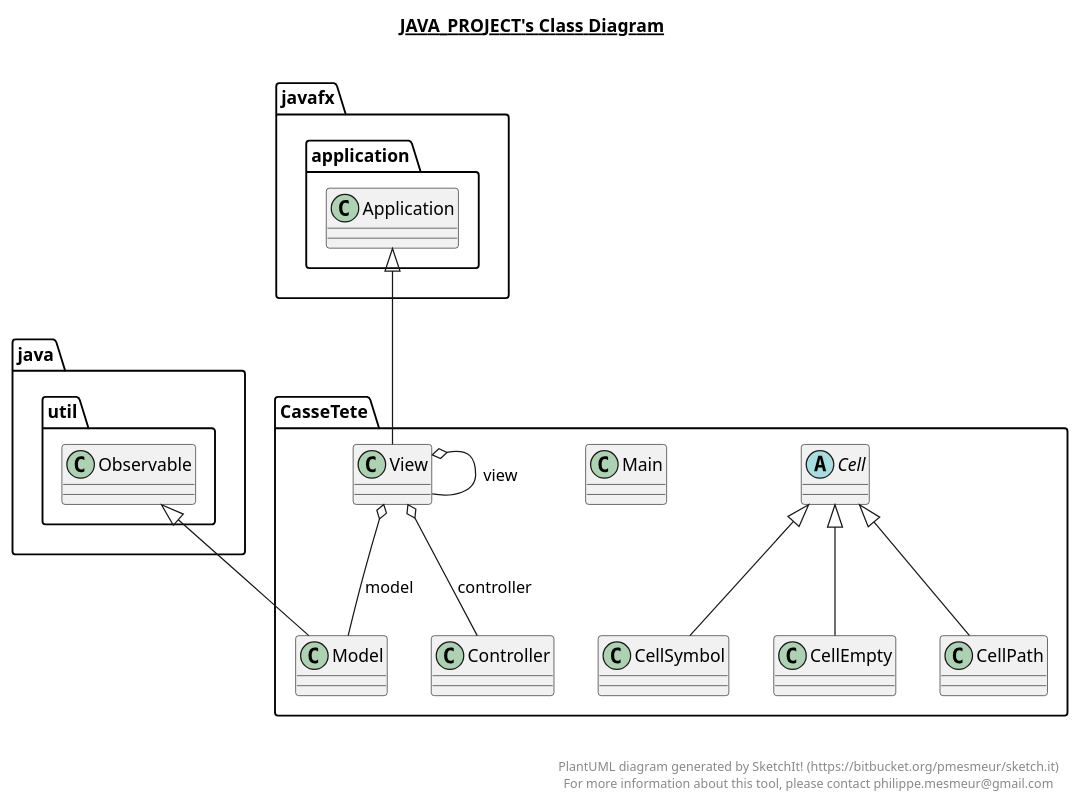
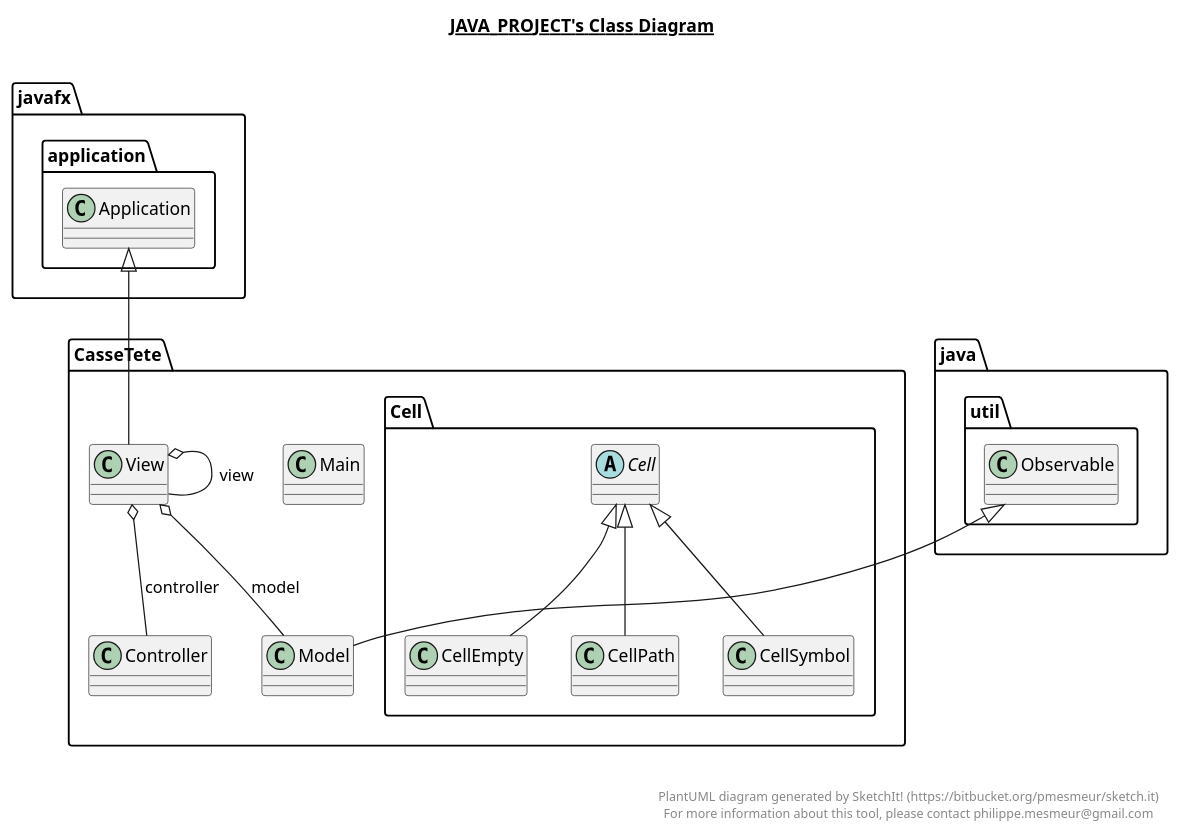
Before and after one commit to Mex21/CasseTete: the diagram in Java_Project.plantuml, drawn with PlantUML. The commit also changed 8 other files, not shown here.

```diff
--- a/Java_Project.plantuml
+++ b/Java_Project.plantuml
@@ -1,70 +1,70 @@
 @startuml
 
 title __JAVA_PROJECT's Class Diagram__\n
 
   namespace CasseTete {
-    abstract class CasseTete.Cell {
+    abstract class CasseTete.Cell.Cell {
     }
   }
   
 
   namespace CasseTete {
-    class CasseTete.CellEmpty {
+    class CasseTete.Cell.CellEmpty {
     }
   }
   
 
   namespace CasseTete {
-    class CasseTete.CellPath {
+    class CasseTete.Cell.CellPath {
     }
   }
   
 
   namespace CasseTete {
-    class CasseTete.CellSymbol {
+    class CasseTete.Cell.CellSymbol {
     }
   }
   
 
   namespace CasseTete {
     class CasseTete.Controller {
     }
   }
   
 
   namespace CasseTete {
     class CasseTete.Main {
     }
   }
   
 
   namespace CasseTete {
     class CasseTete.Model {
     }
   }
   
 
   namespace CasseTete {
     class CasseTete.View {
     }
   }
   
 
-  CasseTete.CellEmpty -up-|> CasseTete.Cell
-  CasseTete.CellPath -up-|> CasseTete.Cell
-  CasseTete.CellSymbol -up-|> CasseTete.Cell
+  CasseTete.Cell.CellEmpty -up-|> CasseTete.Cell.Cell
+  CasseTete.Cell.CellPath -up-|> CasseTete.Cell.Cell
+  CasseTete.Cell.CellSymbol -up-|> CasseTete.Cell.Cell
   CasseTete.Model -up-|> java.util.Observable
   CasseTete.View -up-|> javafx.application.Application
   CasseTete.View o-- CasseTete.Controller : controller
   CasseTete.View o-- CasseTete.Model : model
   CasseTete.View o-- CasseTete.View : view
 
 
 right footer
 
 
 PlantUML diagram generated by SketchIt! (https://bitbucket.org/pmesmeur/sketch.it)
 For more information about this tool, please contact philippe.mesmeur@gmail.com
 endfooter
 
 @enduml
```
